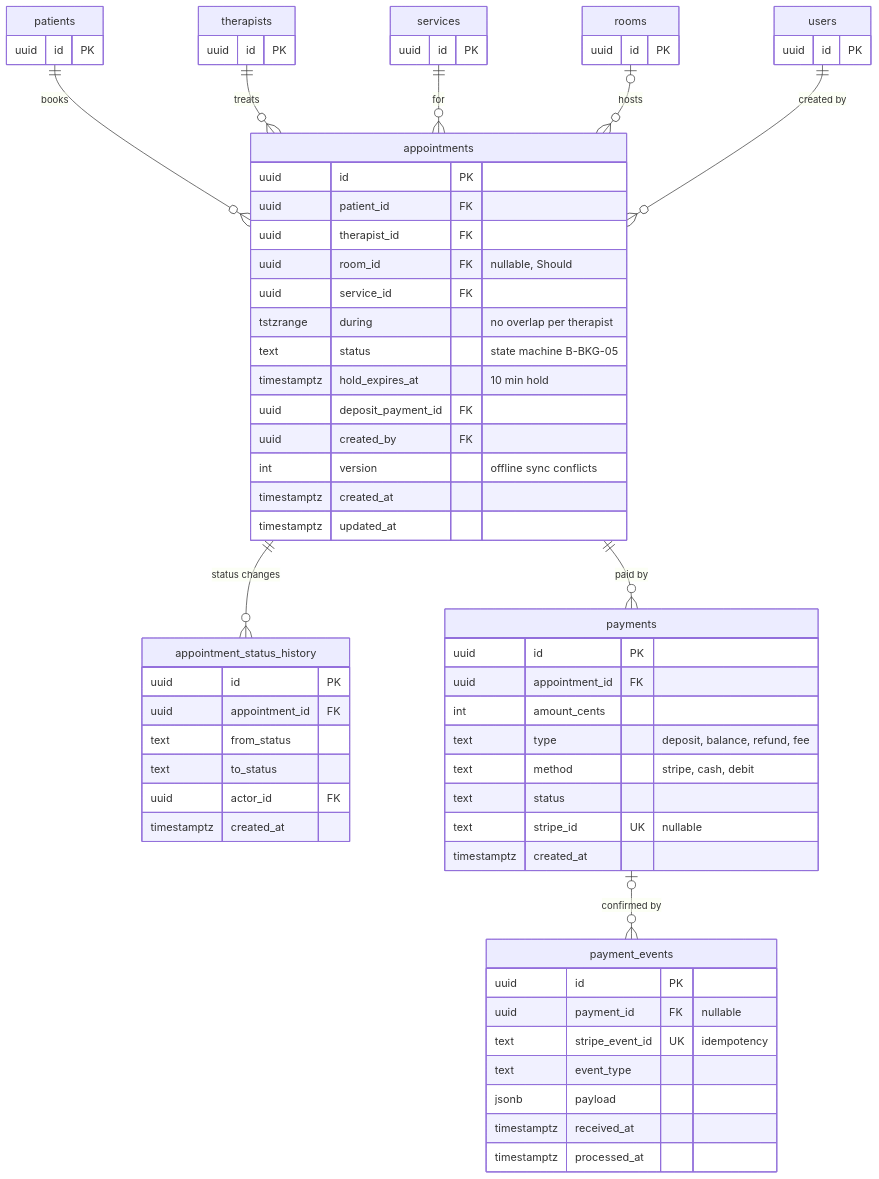
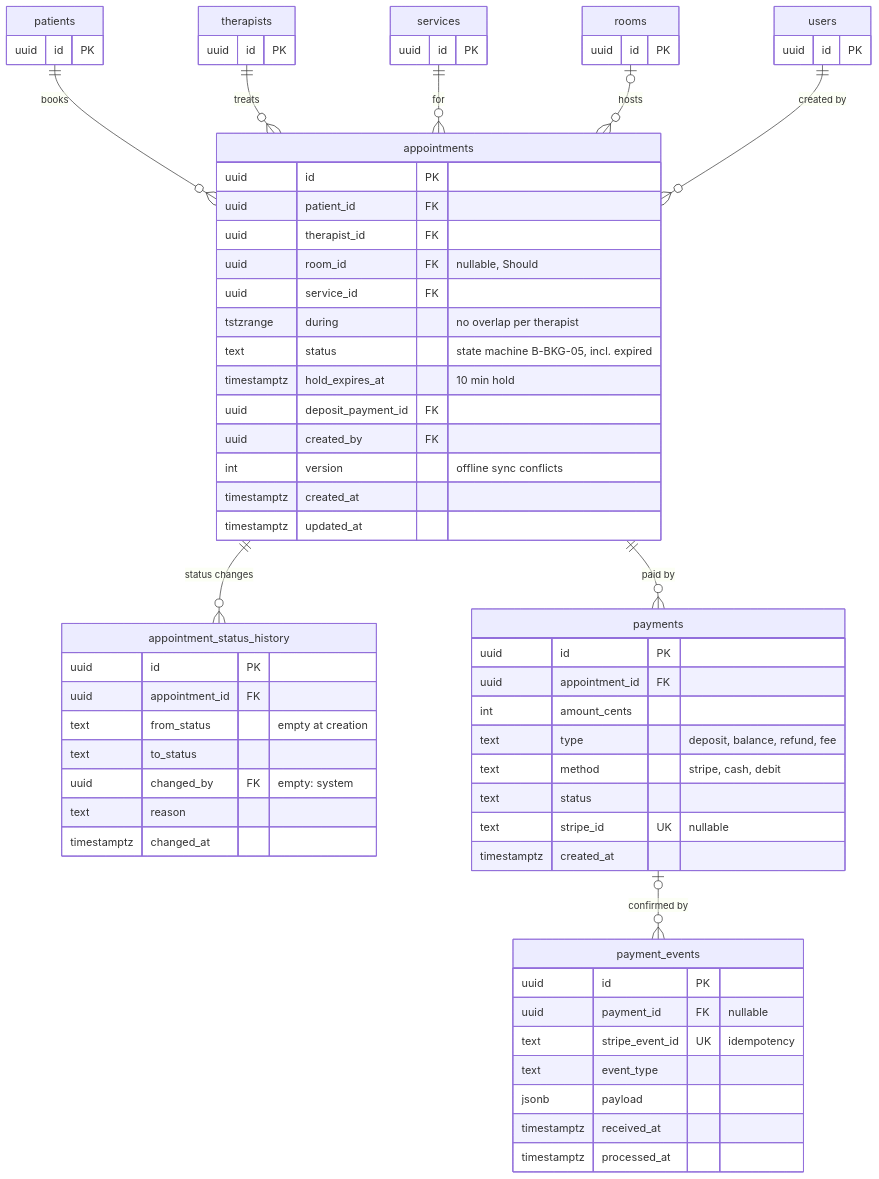
The fourth of 7 diagrams in docs/erd.md (kkprojects5/clinique-physio), drawn with Mermaid before and after one commit. The commit also changed 20 other files, not shown here.

````diff
--- a/docs/erd.md
+++ b/docs/erd.md
@@ -172,68 +172,69 @@
 ```mermaid
 erDiagram
     patients ||--o{ appointments : "books"
     therapists ||--o{ appointments : "treats"
     services ||--o{ appointments : "for"
     rooms |o--o{ appointments : "hosts"
     users ||--o{ appointments : "created by"
     appointments ||--o{ appointment_status_history : "status changes"
     appointments ||--o{ payments : "paid by"
     payments |o--o{ payment_events : "confirmed by"
     appointments {
         uuid id PK
         uuid patient_id FK
         uuid therapist_id FK
         uuid room_id FK "nullable, Should"
         uuid service_id FK
         tstzrange during "no overlap per therapist"
-        text status "state machine B-BKG-05"
+        text status "state machine B-BKG-05, incl. expired"
         timestamptz hold_expires_at "10 min hold"
         uuid deposit_payment_id FK
         uuid created_by FK
         int version "offline sync conflicts"
         timestamptz created_at
         timestamptz updated_at
     }
     appointment_status_history {
         uuid id PK
         uuid appointment_id FK
-        text from_status
+        text from_status "empty at creation"
         text to_status
-        uuid actor_id FK
-        timestamptz created_at
+        uuid changed_by FK "empty: system"
+        text reason
+        timestamptz changed_at
     }
     payments {
         uuid id PK
         uuid appointment_id FK
         int amount_cents
         text type "deposit, balance, refund, fee"
         text method "stripe, cash, debit"
         text status
         text stripe_id UK "nullable"
         timestamptz created_at
     }
     payment_events {
         uuid id PK
         uuid payment_id FK "nullable"
         text stripe_event_id UK "idempotency"
         text event_type
         jsonb payload
         timestamptz received_at
         timestamptz processed_at
     }
     patients {
         uuid id PK
     }
     therapists {
         uuid id PK
     }
     services {
         uuid id PK
     }
     rooms {
         uuid id PK
     }
     users {
         uuid id PK
     }
 ```
````
